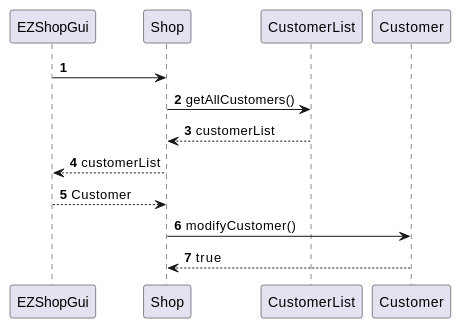
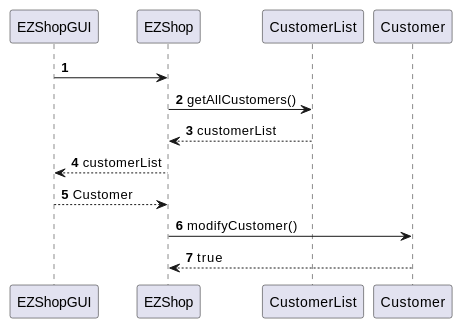
Before and after one commit to mkexc/ezshop: diagram 12 of 22 in Deliverables/DesignDocument.md, drawn with PlantUML. The commit also changed other lines of this file, not shown here.

````diff
--- a/Deliverables/DesignDocument.md
+++ b/Deliverables/DesignDocument.md
@@ -488,12 +385,12 @@
 ```plantuml
 @startuml
 autonumber
-EZShopGui -> Shop
-Shop -> CustomerList : getAllCustomers()
-Shop <-- CustomerList : customerList
-Shop --> EZShopGui : customerList
-Shop <-- EZShopGui : Customer
-Shop -> Customer: modifyCustomer()
-Shop <-- Customer: true
+EZShopGUI -> EZShop
+EZShop -> CustomerList : getAllCustomers()
+EZShop <-- CustomerList : customerList
+EZShop --> EZShopGUI : customerList
+EZShop <-- EZShopGUI : Customer
+EZShop -> Customer: modifyCustomer()
+EZShop <-- Customer: true
 @enduml
 ```
````
